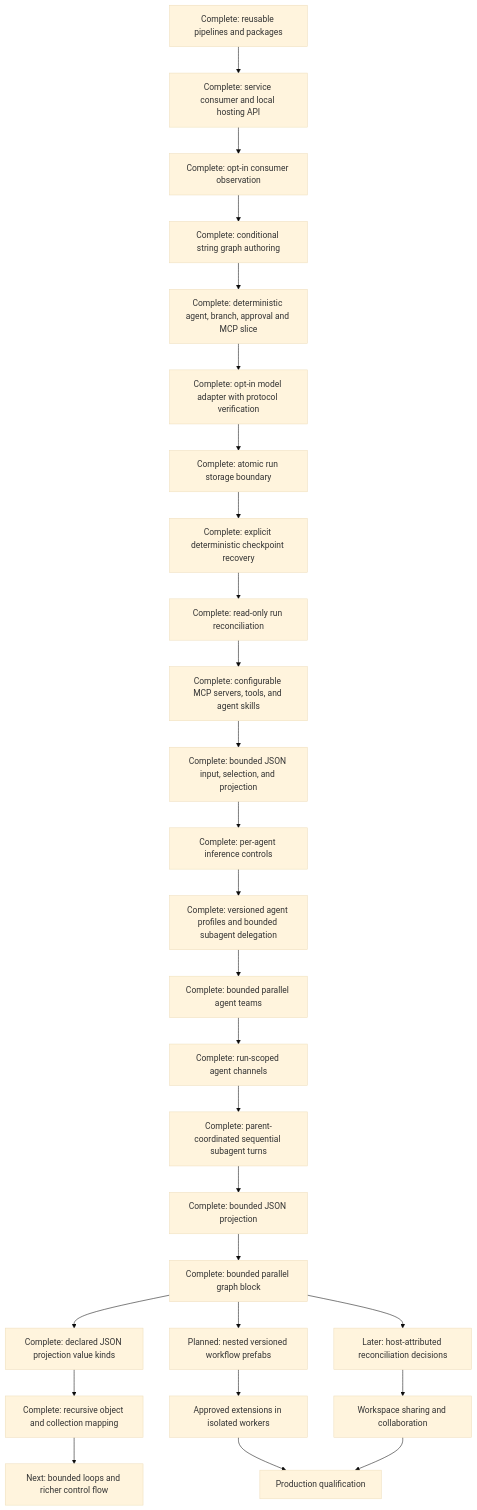
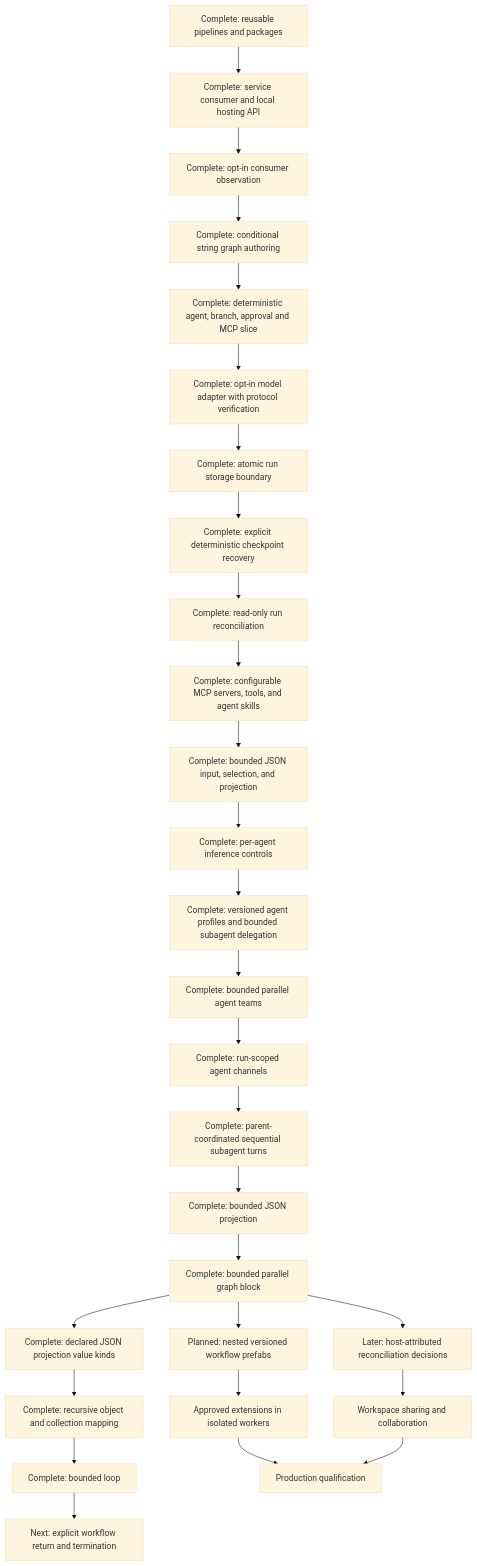
One commit to gnalvesteffer/visual-agent-workflow changed the diagram in docs/roadmap.md. Above: the diagram before and after it, drawn with Mermaid (base theme). The commit also changed other lines of this file and 27 other files, not shown here.

Commit message:
feat: add bounded workflow loops

````diff
--- a/docs/roadmap.md
+++ b/docs/roadmap.md
@@ -86,29 +86,30 @@
 ```mermaid
 flowchart TD
     Reuse["Complete: reusable pipelines and packages"] --> Hosting["Complete: service consumer and local hosting API"]
     Hosting --> Observe["Complete: opt-in consumer observation"]
     Observe --> Graph["Complete: conditional string graph authoring"]
     Graph --> Vertical["Complete: deterministic agent, branch, approval and MCP slice"]
     Vertical --> Models["Complete: opt-in model adapter with protocol verification"]
     Models --> Store["Complete: atomic run storage boundary"]
     Store --> Recovery["Complete: explicit deterministic checkpoint recovery"]
     Recovery --> Assess["Complete: read-only run reconciliation"]
     Assess --> Agents["Complete: configurable MCP servers, tools, and agent skills"]
     Agents --> JsonData["Complete: bounded JSON input, selection, and projection"]
     JsonData --> Controls["Complete: per-agent inference controls"]
     Controls --> Delegation["Complete: versioned agent profiles and bounded subagent delegation"]
     Delegation --> Teams["Complete: bounded parallel agent teams"]
     Teams --> Channels["Complete: run-scoped agent channels"]
     Channels --> DelegationRounds["Complete: parent-coordinated sequential subagent turns"]
     DelegationRounds --> JsonProjection["Complete: bounded JSON projection"]
     JsonProjection --> Orchestration["Complete: bounded parallel graph block"]
     Orchestration --> ProjectionTypes["Complete: declared JSON projection value kinds"]
     ProjectionTypes --> TypedMapping["Complete: recursive object and collection mapping"]
-    TypedMapping --> Loops["Next: bounded loops and richer control flow"]
+    TypedMapping --> Loops["Complete: bounded loop"]
+    Loops --> Exit["Next: explicit workflow return and termination"]
     Orchestration --> Assets["Planned: nested versioned workflow prefabs"]
     Orchestration --> Durable["Later: host-attributed reconciliation decisions"]
     Assets --> Extensions["Approved extensions in isolated workers"]
     Durable --> Collaboration["Workspace sharing and collaboration"]
     Extensions --> Production["Production qualification"]
     Collaboration --> Production
 ```
````
